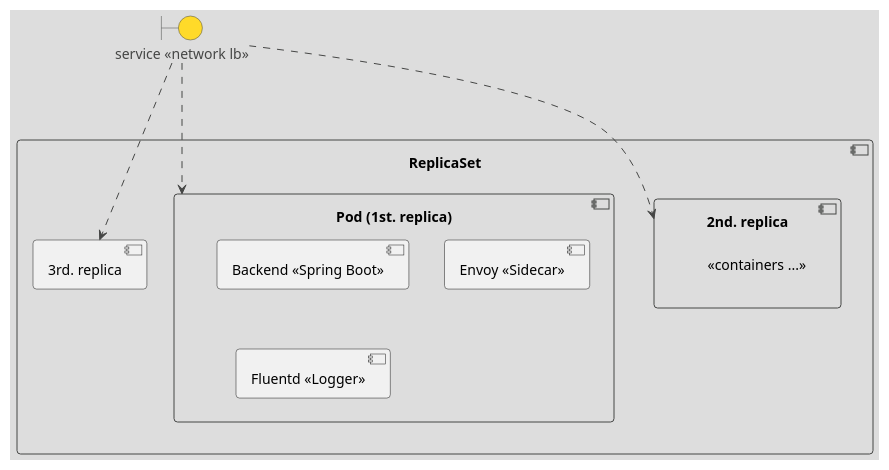
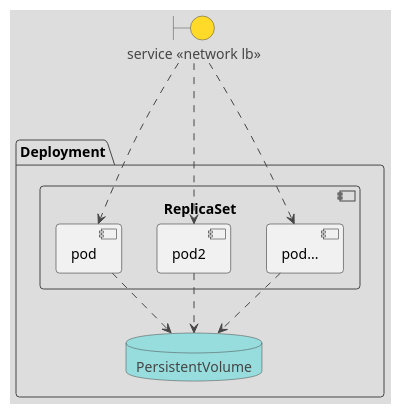
One commit to tuxtor/kubernetes-con-dibujitos changed the diagram in diagram.puml. Above: the diagram before and after it, drawn with PlantUML.

Commit message:
Deployment

```diff
--- a/diagram.puml
+++ b/diagram.puml
@@ -1,28 +1,31 @@
 @startuml
 !theme toy
 
-component rs as "ReplicaSet"{
+package Deployment {
+
+
+     component rs as "ReplicaSet"{
     
-    component pod as "Pod (1st. replica)"{
-        component backend as "Backend <<Spring Boot>>"
+        component pod
 
-        component mesh as "Envoy <<Sidecar>>"
+        component pod2 
 
-        component other as "Fluentd <<Logger>>"
+        component pod3 as "pod..."
+
+        
     }
 
-    component pod2 as "2nd. replica" {
-        label "<<containers ...>>"
-    }
-    component pod3 as "3rd. replica"{
-        label "<<containers ...>>"
-    }
+    database PersistentVolume as "PersistentVolume"
 }
 
 boundary service as "service <<network lb>>"
 
 service ...> pod
 service ...> pod2
 service ...> pod3
 
+pod ..> PersistentVolume
+pod2 ..> PersistentVolume
+pod3 ..> PersistentVolume
+
 @enduml
```
